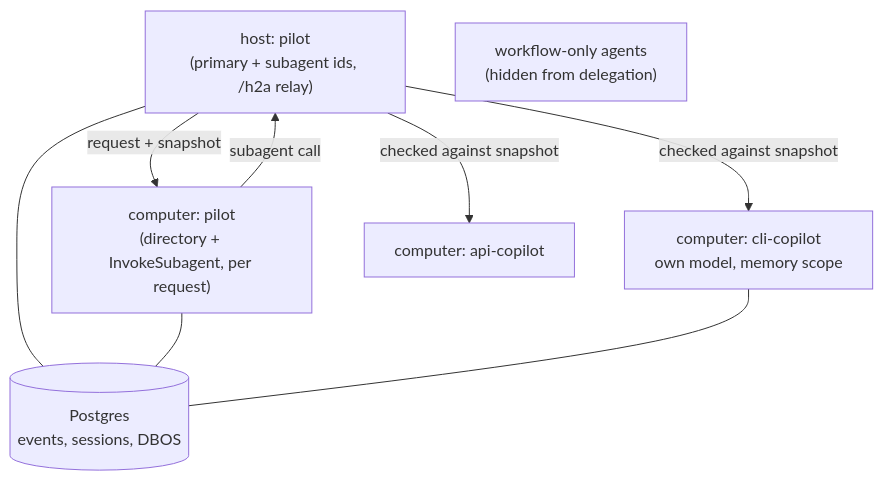
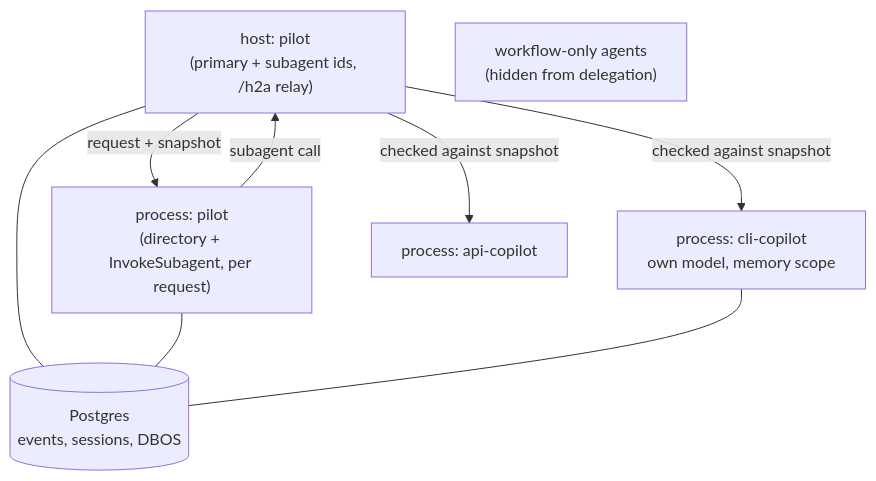
The diagram in docs/posts/composing-agents.md (imsid/mashpy), drawn with Mermaid before and after one commit. The commit also changed other lines of this file and 144 other files, not shown here.

````diff
--- a/docs/posts/composing-agents.md
+++ b/docs/posts/composing-agents.md
@@ -84,16 +84,16 @@
 ```mermaid
 flowchart TD
     H["host: pilot\n(primary + subagent ids, /h2a relay)"]
-    P["computer: pilot\n(directory + InvokeSubagent, per request)"]
-    A["computer: cli-copilot\nown model, memory scope"]
-    B["computer: api-copilot"]
+    P["process: pilot\n(directory + InvokeSubagent, per request)"]
+    A["process: cli-copilot\nown model, memory scope"]
+    B["process: api-copilot"]
     W["workflow-only agents\n(hidden from delegation)"]
     H -- "request + snapshot" --> P
     P -- "subagent call" --> H
     H -- "checked against snapshot" --> A
     H -- "checked against snapshot" --> B
     PG[("Postgres\nevents, sessions, DBOS")]
     H --- PG
     P --- PG
     A --- PG
 ```
````
